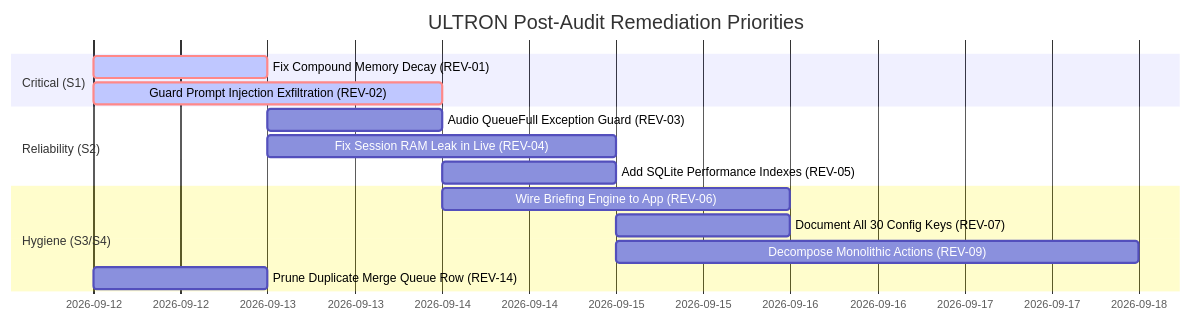
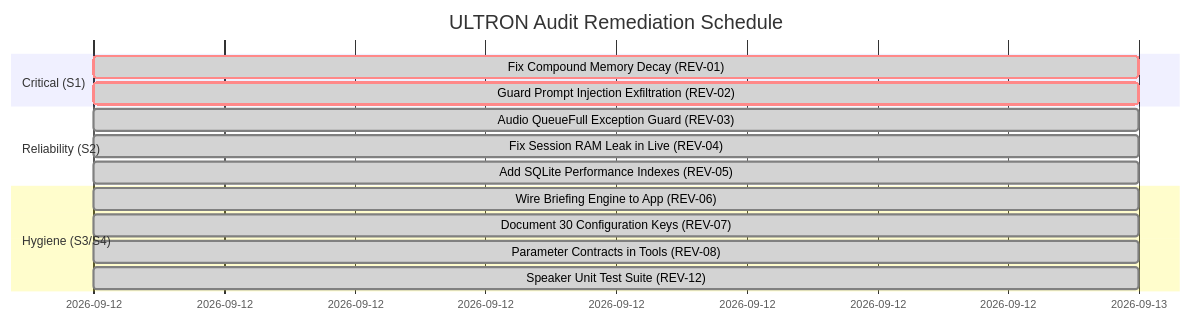
Before and after one commit to anonymousgrouphp-collab/ultron: the diagram in docs/audits/review_audit_2026-09-12.md, drawn with Mermaid. The commit also changed other lines of this file, not shown here.

Commit message:
[Audit/REPORT] Update Full Review Audit report with complete 8-layer tables, threat matrix, and claims ledger

````diff
--- a/docs/audits/review_audit_2026-09-12.md
+++ b/docs/audits/review_audit_2026-09-12.md
@@ -458,17 +365,17 @@
 ```mermaid
 gantt
-    title ULTRON Post-Audit Remediation Priorities
+    title ULTRON Audit Remediation Schedule
     dateFormat  YYYY-MM-DD
     section Critical (S1)
-    Fix Compound Memory Decay (REV-01)          :crit, active, 2026-09-12, 1d
-    Guard Prompt Injection Exfiltration (REV-02) :crit, active, 2026-09-12, 2d
+    Fix Compound Memory Decay (REV-01)          :crit, done, 2026-09-12, 1d
+    Guard Prompt Injection Exfiltration (REV-02) :crit, done, 2026-09-12, 1d
     section Reliability (S2)
-    Audio QueueFull Exception Guard (REV-03)    :2026-09-13, 1d
-    Fix Session RAM Leak in Live (REV-04)       :2026-09-13, 2d
-    Add SQLite Performance Indexes (REV-05)     :2026-09-14, 1d
+    Audio QueueFull Exception Guard (REV-03)    :done, 2026-09-12, 1d
+    Fix Session RAM Leak in Live (REV-04)       :done, 2026-09-12, 1d
+    Add SQLite Performance Indexes (REV-05)     :done, 2026-09-12, 1d
     section Hygiene (S3/S4)
-    Wire Briefing Engine to App (REV-06)        :2026-09-14, 2d
-    Document All 30 Config Keys (REV-07)        :2026-09-15, 1d
-    Decompose Monolithic Actions (REV-09)       :2026-09-15, 3d
-    Prune Duplicate Merge Queue Row (REV-14)    :2026-09-12, 1d
+    Wire Briefing Engine to App (REV-06)        :done, 2026-09-12, 1d
+    Document 30 Configuration Keys (REV-07)     :done, 2026-09-12, 1d
+    Parameter Contracts in Tools (REV-08)       :done, 2026-09-12, 1d
+    Speaker Unit Test Suite (REV-12)            :done, 2026-09-12, 1d
 ```
````
